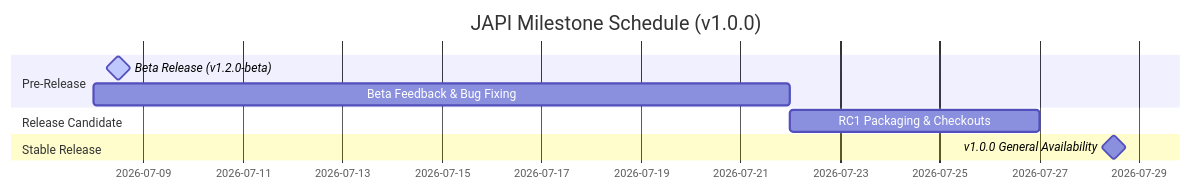
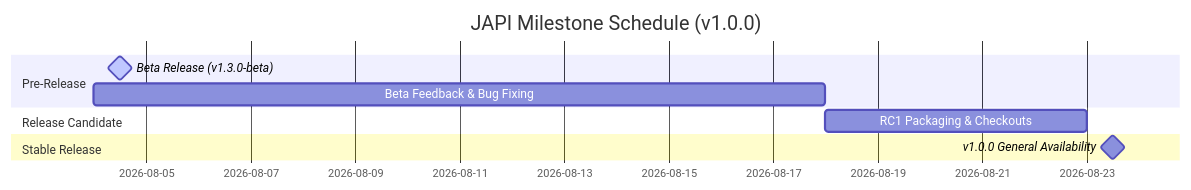
One commit to ncrkindia/api-banker changed the diagram in release_plan.md. Above: the diagram before and after it, drawn with Mermaid. The commit also changed other lines of this file and 15 other files, not shown here.

````diff
--- a/release_plan.md
+++ b/release_plan.md
@@ -97,12 +115,12 @@
 ```mermaid
 gantt
     title JAPI Milestone Schedule (v1.0.0)
     dateFormat  YYYY-MM-DD
     section Pre-Release
-    Beta Release (v1.2.0-beta)     :active, milestone, 2026-07-08, 1d
-    Beta Feedback & Bug Fixing    :2026-07-08, 14d
+    Beta Release (v1.3.0-beta)     :active, milestone, 2026-08-04, 1d
+    Beta Feedback & Bug Fixing    :2026-08-04, 14d
     section Release Candidate
-    RC1 Packaging & Checkouts     :2026-07-22, 5d
+    RC1 Packaging & Checkouts     :2026-08-18, 5d
     section Stable Release
-    v1.0.0 General Availability   :milestone, 2026-07-28, 1d
+    v1.0.0 General Availability   :milestone, 2026-08-23, 1d
 ```
````
